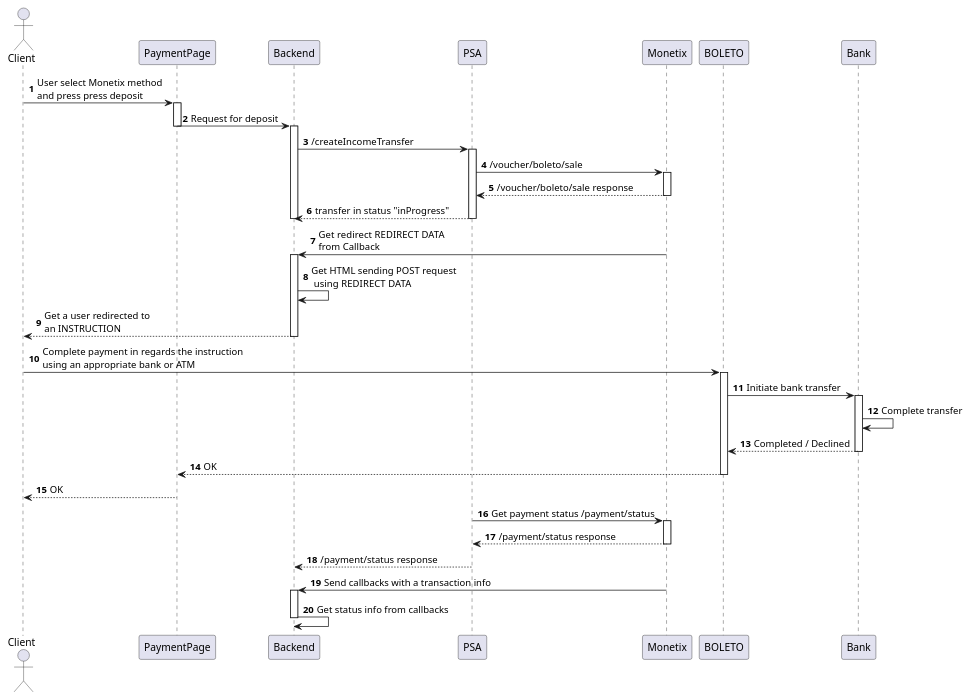
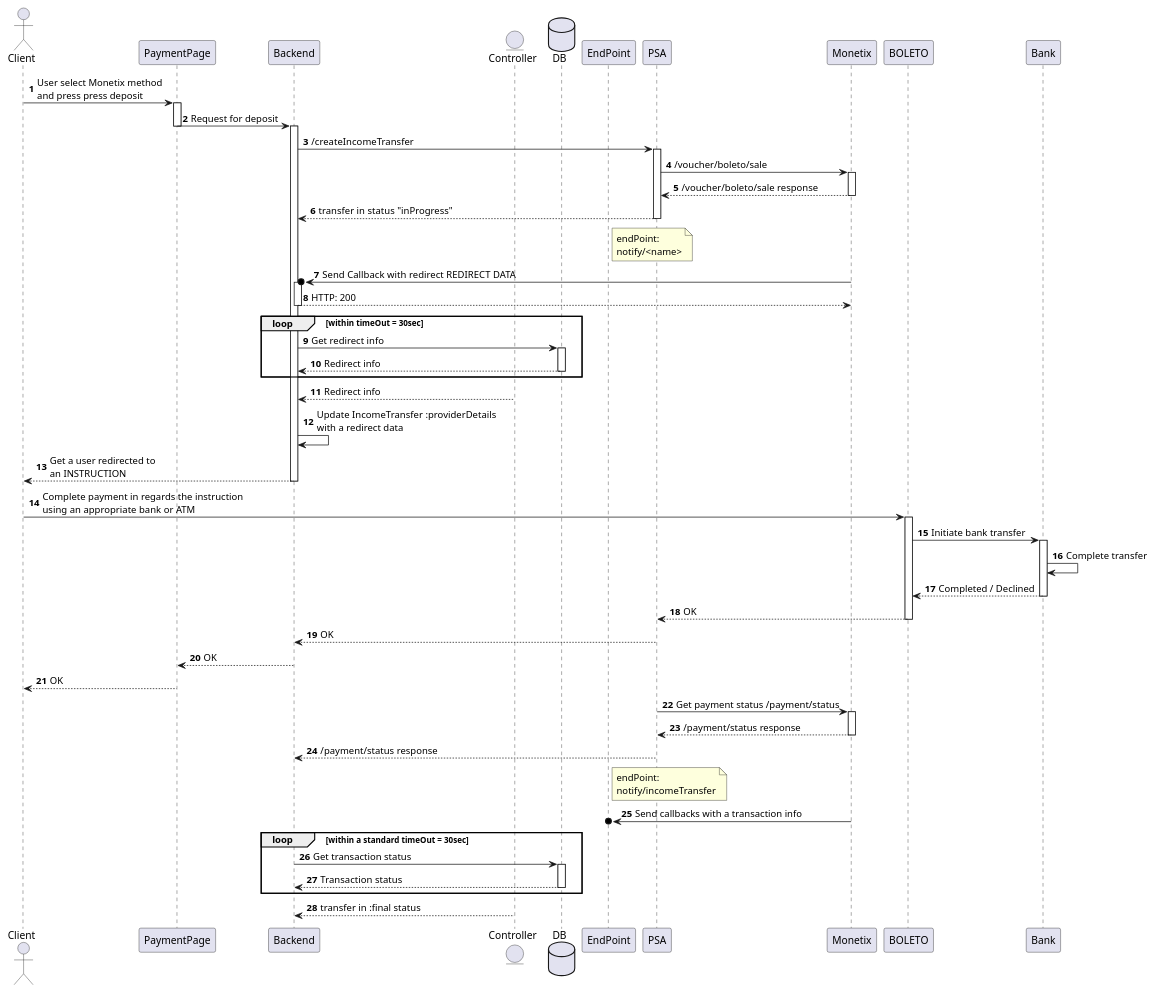
Before and after one commit to milovdg/UMLPractice: the diagram in UML practice/docs/diagrams/src/Monetix-BOLETO-deposits/monetix-boleto-deposits.wsd, drawn with PlantUML. The commit also changed 2 other files, not shown here.

```diff
--- a/UML practice/docs/diagrams/src/Monetix-BOLETO-deposits/monetix-boleto-deposits.wsd
+++ b/UML practice/docs/diagrams/src/Monetix-BOLETO-deposits/monetix-boleto-deposits.wsd
@@ -1,54 +1,73 @@
 @startuml
 autonumber
 
 actor Client
 participant PaymentPage
 participant Backend
+entity Controller
+database DB
+participant EndPoint
 participant PSA
 participant Monetix
 participant BOLETO
 participant Bank
-
 
 Client -> PaymentPage: User select Monetix method \nand press press deposit
 activate PaymentPage
 
 PaymentPage -> Backend --: Request for deposit
 activate Backend
 
 Backend -> PSA: /createIncomeTransfer
 activate PSA
 
 PSA -> Monetix: /voucher/boleto/sale
 activate Monetix
 
-Monetix --> PSA --: /voucher/boleto/sale response
+Monetix --> PSA : /voucher/boleto/sale response
 deactivate Monetix
 
 PSA --> Backend: transfer in status "inProgress"
 deactivate PSA
+
+note right of EndPoint: endPoint:\nnotify/<name>
+Monetix ->o Backend ++: Send Callback with redirect REDIRECT DATA 
+Backend --> Monetix --: HTTP: 200
+
+loop within timeOut = 30sec
+Backend -> DB ++: Get redirect info
+DB --> Backend --: Redirect info
+end
+
+Controller --> Backend : Redirect info
+Backend -> Backend : Update IncomeTransfer :providerDetails \nwith a redirect data
+Backend --> Client --: Get a user redirected to \nan INSTRUCTION
 deactivate Backend
-
-Monetix -> Backend ++: Get redirect REDIRECT DATA \nfrom Callback
-Backend -> Backend : Get HTML sending POST request\n using REDIRECT DATA
-
-Backend --> Client --: Get a user redirected to \nan INSTRUCTION
 
 Client -> BOLETO ++: Complete payment in regards the instruction \nusing an appropriate bank or ATM
 BOLETO -> Bank : Initiate bank transfer
 activate Bank
 Bank -> Bank : Complete transfer
 Bank --> BOLETO --: Completed / Declined
-BOLETO --> PaymentPage --: OK
+BOLETO --> PSA --: OK
+PSA --> Backend : OK
+Backend --> PaymentPage : OK
 
 PaymentPage --> Client --: OK
 
 PSA -> Monetix ++: Get payment status /payment/status
 Monetix --> PSA --: /payment/status response
 
 PSA --> Backend : /payment/status response
 
-Monetix -> Backend ++: Send callbacks with a transaction info
-Backend -> Backend --: Get status info from callbacks
+note right of EndPoint: endPoint:\nnotify/incomeTransfer
+Monetix ->o EndPoint : Send callbacks with a transaction info
+
+loop within a standard timeOut = 30sec
+Backend -> DB ++: Get transaction status
+DB --> Backend --: Transaction status
+end
+
+Controller --> Backend :transfer in :final status
 
 @enduml
```
